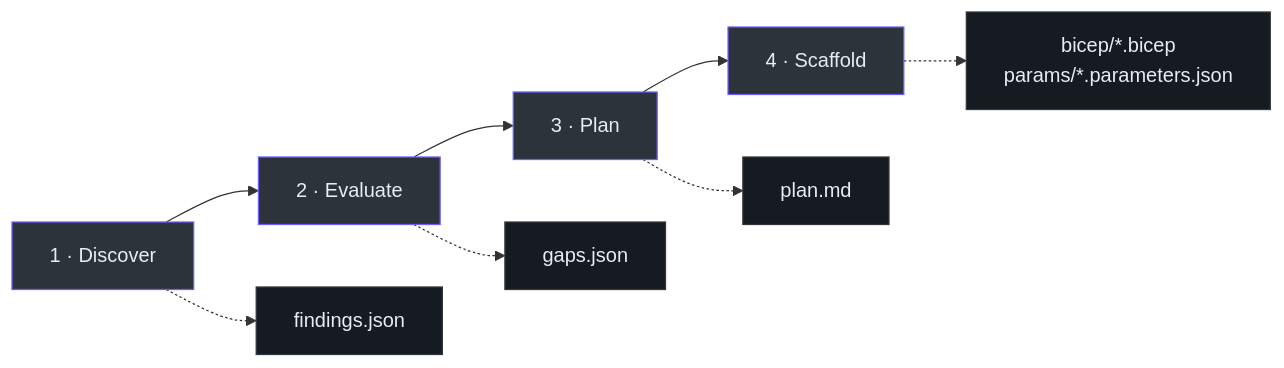
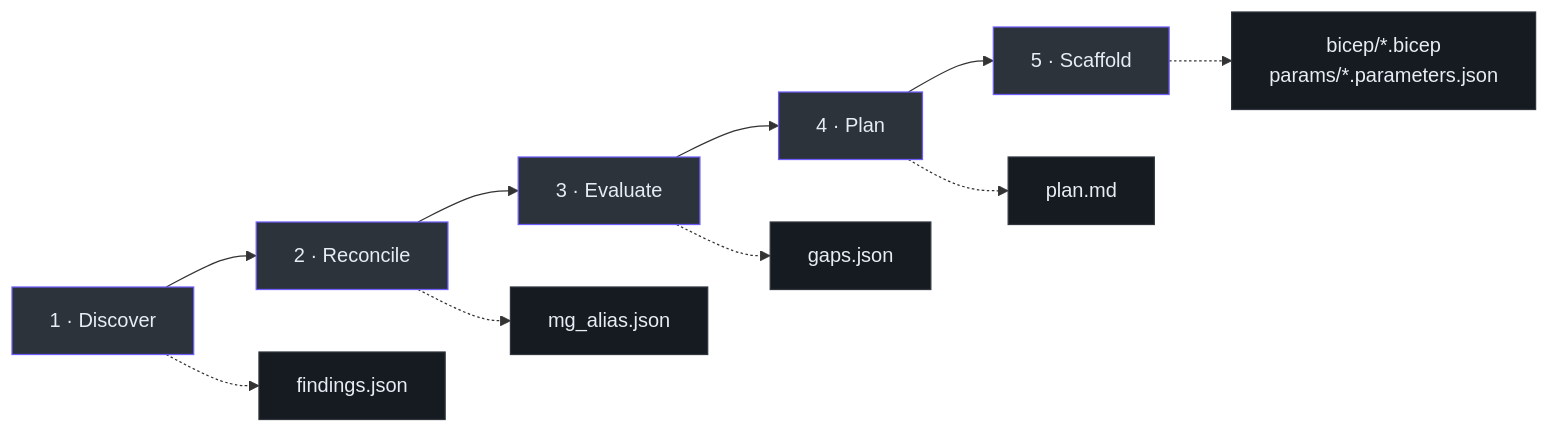
One commit to msucharda/slz-readiness changed the first of 2 diagrams in wiki/docs/getting-started/overview.md. Above: the diagram before and after it, drawn with Mermaid. The commit also changed other lines of this file and 39 other files, not shown here.

````diff
--- a/wiki/docs/getting-started/overview.md
+++ b/wiki/docs/getting-started/overview.md
@@ -29,11 +29,12 @@
 ```mermaid
 flowchart LR
-    D["1 · Discover"]:::p --> E["2 · Evaluate"]:::p --> P["3 · Plan"]:::p --> S["4 · Scaffold"]:::p
+    D["1 · Discover"]:::p --> R["2 · Reconcile"]:::p --> E["3 · Evaluate"]:::p --> P["4 · Plan"]:::p --> S["5 · Scaffold"]:::p
     D -.-> DO["findings.json"]:::a
+    R -.-> RO["mg_alias.json"]:::a
     E -.-> EO["gaps.json"]:::a
     P -.-> PO["plan.md"]:::a
     S -.-> SO["bicep/*.bicep<br>params/*.parameters.json"]:::a
 
     classDef p fill:#2d333b,stroke:#6d5dfc,color:#e6edf3;
     classDef a fill:#161b22,stroke:#30363d,color:#e6edf3;
 ```
````
